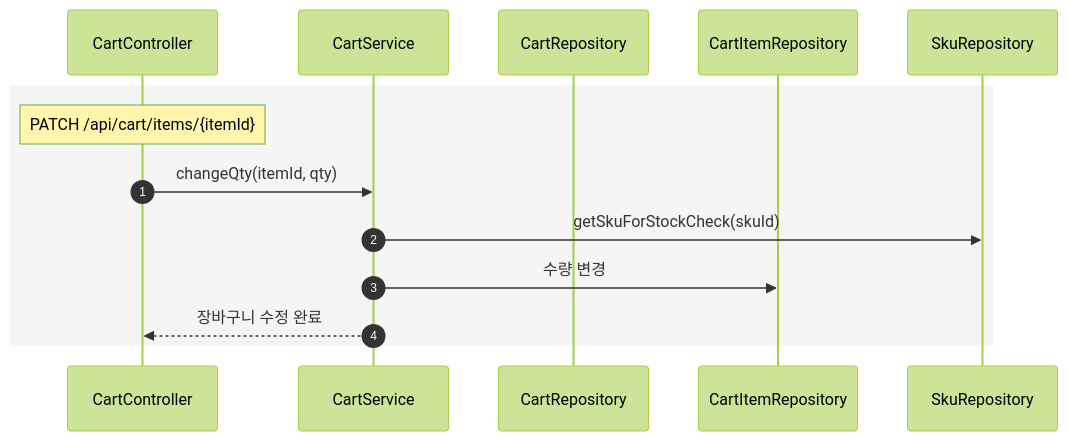
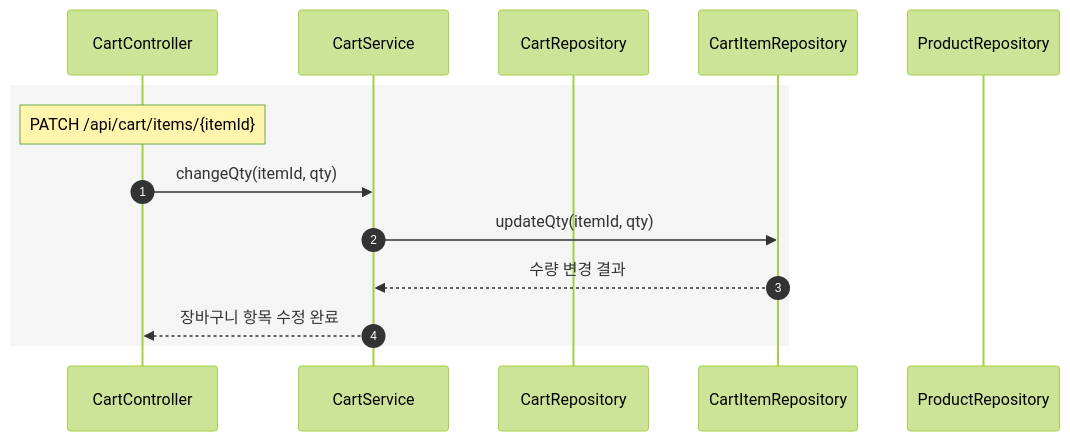
Before and after one commit to namuneo/hh_plus_week2: the fifth of 9 diagrams in docs/sequenceDiagram.md, drawn with Mermaid (forest theme). The commit also changed other lines of this file and 12 other files, not shown here.

````diff
--- a/docs/sequenceDiagram.md
+++ b/docs/sequenceDiagram.md
@@ -97,18 +97,18 @@
 ```mermaid
 sequenceDiagram
     autonumber
     participant CC as CartController
     participant CS as CartService
     participant CR as CartRepository
     participant CIR as CartItemRepository
-    participant SR as SkuRepository
+    participant PR as ProductRepository
 
     rect rgb(245,245,245)
         Note over CC: PATCH /api/cart/items/{itemId}
         CC->>CS: changeQty(itemId, qty)
-        CS->>SR: getSkuForStockCheck(skuId)
-        CS->>CIR: 수량 변경
-        CS-->>CC: 장바구니 수정 완료
+        CS->>CIR: updateQty(itemId, qty)
+        CIR-->>CS: 수량 변경 결과
+        CS-->>CC: 장바구니 항목 수정 완료
     end
 
 ```
````
